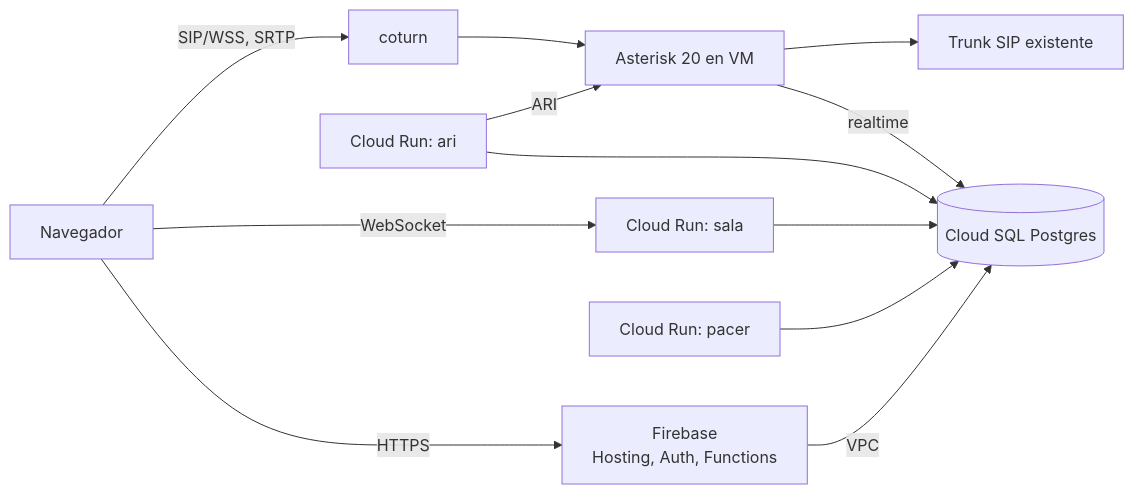
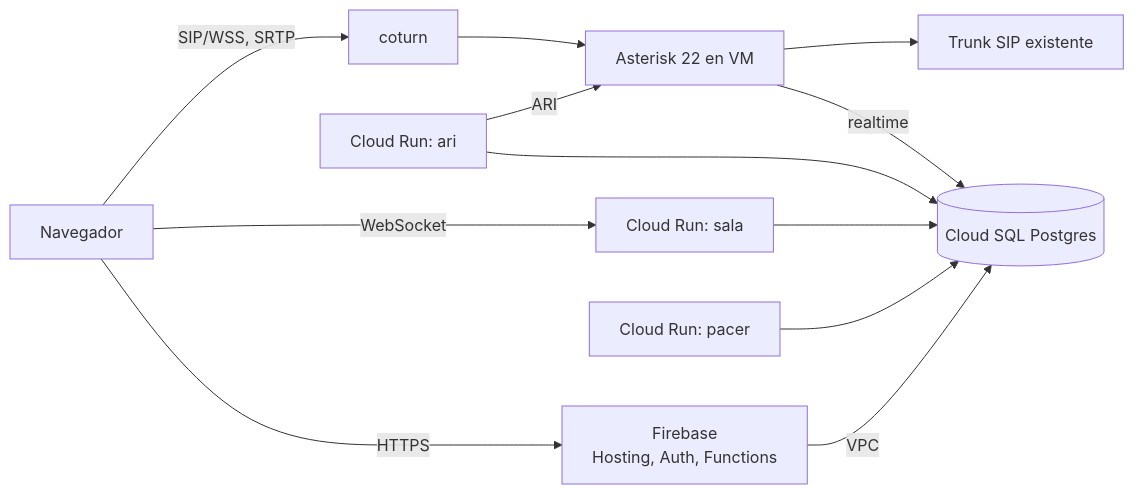
One commit to araujomelogno/invoke2 changed the first of 2 diagrams in docs/despliegue.md. Above: the diagram before and after it, drawn with Mermaid. The commit also changed other lines of this file and 11 other files, not shown here.

````diff
--- a/docs/despliegue.md
+++ b/docs/despliegue.md
@@ -9,14 +9,14 @@
 ```mermaid
 flowchart LR
   N[Navegador] -->|HTTPS| F[Firebase<br/>Hosting, Auth, Functions]
   N -->|WebSocket| S[Cloud Run: sala]
   N -->|SIP/WSS, SRTP| T[coturn]
-  T --> A[Asterisk 20 en VM]
+  T --> A[Asterisk 22 en VM]
   F -->|VPC| PG[(Cloud SQL Postgres)]
   S --> PG
   ARI[Cloud Run: ari] --> PG
   ARI -->|ARI| A
   P[Cloud Run: pacer] --> PG
   A -->|realtime| PG
   A --> TR[Trunk SIP existente]
 ```
````
